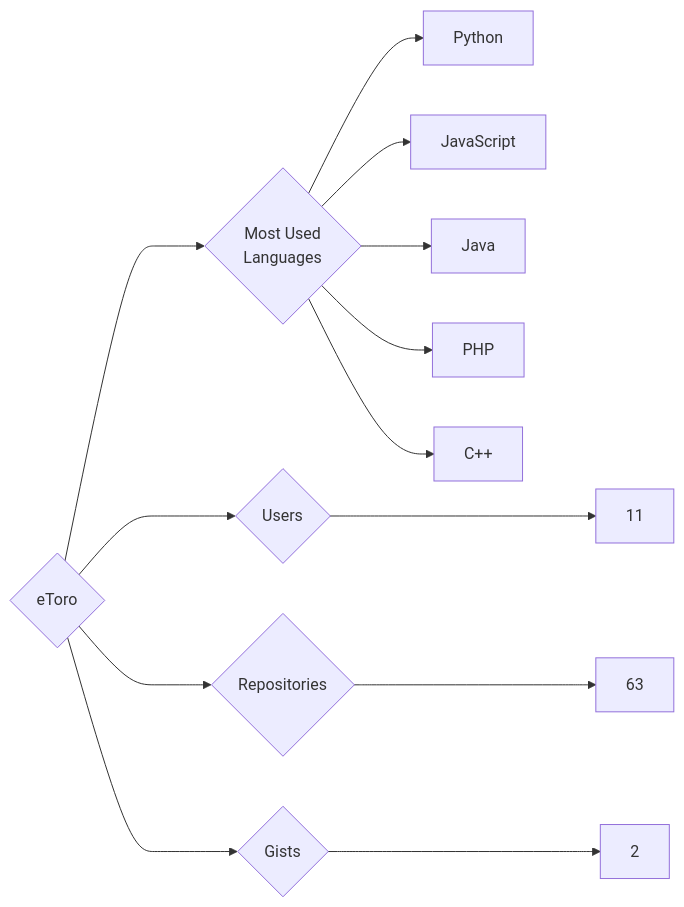
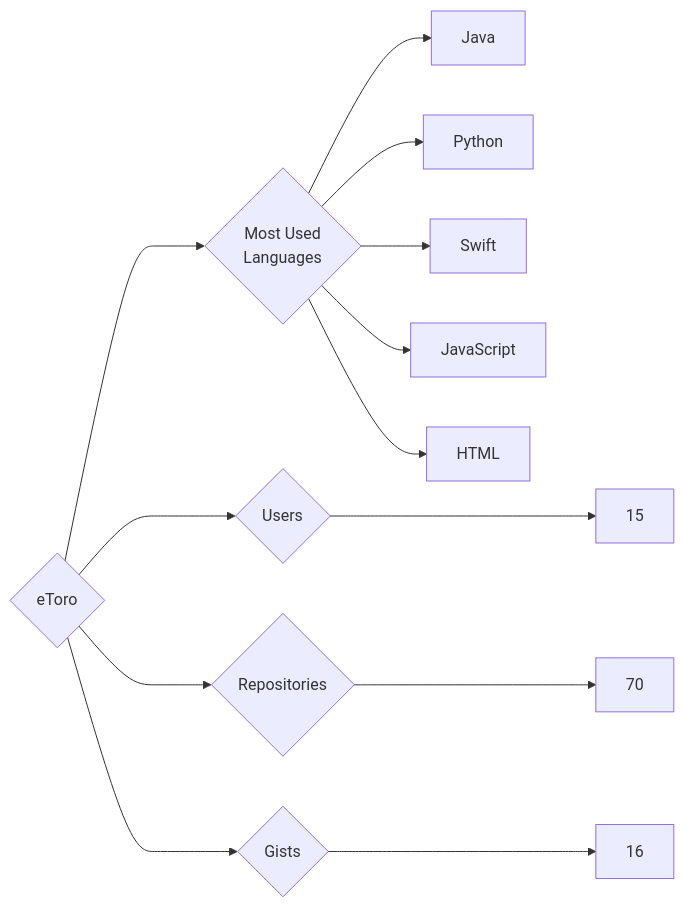
One commit to trickest/insiders changed the diagram in targets/eToro/README.md. Above: the diagram before and after it, drawn with Mermaid. The commit also changed 440 other files, not shown here.

````diff
--- a/targets/eToro/README.md
+++ b/targets/eToro/README.md
@@ -3,13 +3,13 @@
 ```mermaid
 graph LR
 COMPANY_NAME{eToro}
-COMPANY_NAME ---> U{Users} ---> UN[11]
-COMPANY_NAME ---> R{Repositories} ---> RN[63]
-COMPANY_NAME ---> G{Gists} ---> GN[2]
+COMPANY_NAME ---> U{Users} ---> UN[15]
+COMPANY_NAME ---> R{Repositories} ---> RN[70]
+COMPANY_NAME ---> G{Gists} ---> GN[16]
 COMPANY_NAME ---> ML{Most Used<br>Languages}
+ML --> Java[Java]
 ML --> Python[Python]
+ML --> Swift[Swift]
 ML --> JavaScript[JavaScript]
-ML --> Java[Java]
-ML --> PHP[PHP]
-ML --> C++[C++]
+ML --> HTML[HTML]
 ```
````
